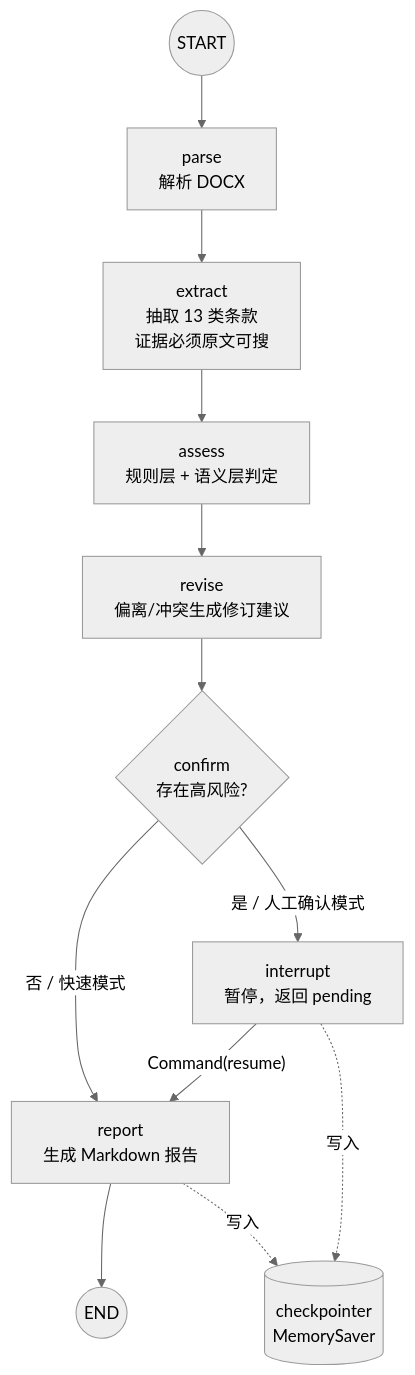
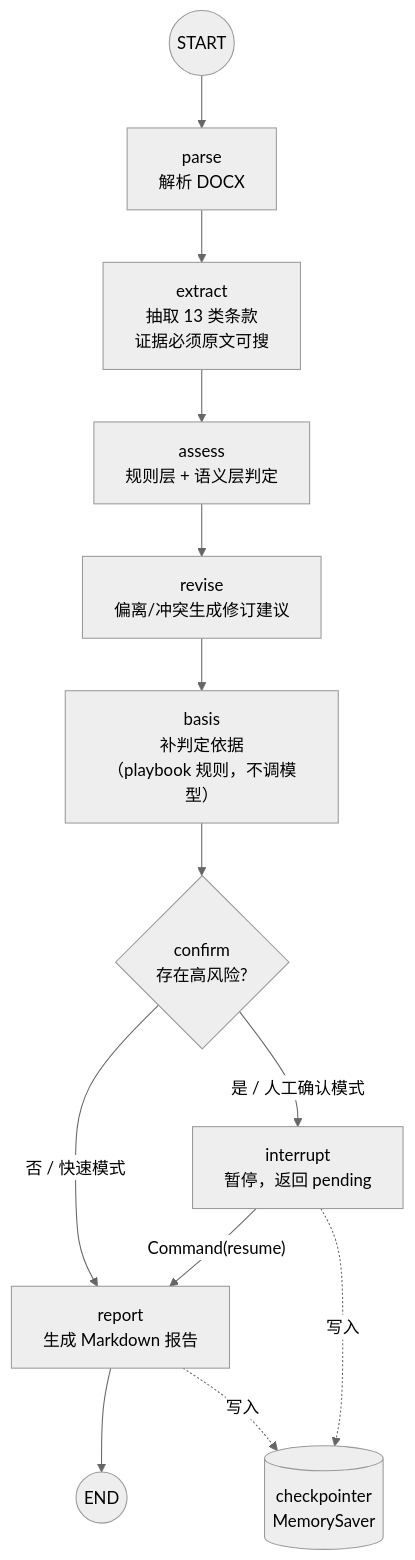
Before and after one commit to Chenchengg77/contract-review-agent: the second of 2 diagrams in README.md, drawn with Mermaid (neutral theme). The commit also changed other lines of this file and 9 other files, not shown here.

````diff
--- a/README.md
+++ b/README.md
@@ -137,14 +137,15 @@
 ```mermaid
 flowchart TB
     S((START)) --> P["parse<br/>解析 DOCX"]
     P --> E["extract<br/>抽取 13 类条款<br/>证据必须原文可搜"]
     E --> A["assess<br/>规则层 + 语义层判定"]
     A --> RV["revise<br/>偏离/冲突生成修订建议"]
-    RV --> C{"confirm<br/>存在高风险?"}
+    RV --> BA["basis<br/>补判定依据<br/>（playbook 规则，不调模型）"]
+    BA --> C{"confirm<br/>存在高风险?"}
     C -- "否 / 快速模式" --> R["report<br/>生成 Markdown 报告"]
     C -- "是 / 人工确认模式" --> I["interrupt<br/>暂停，返回 pending"]
     I -- "Command(resume)" --> R
     R --> EN((END))
     I -. 写入 .-> CK[("checkpointer<br/>MemorySaver")]
     R -. 写入 .-> CK
 ```
````
